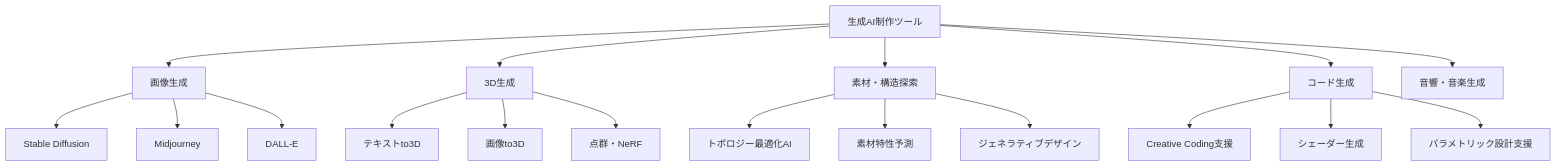
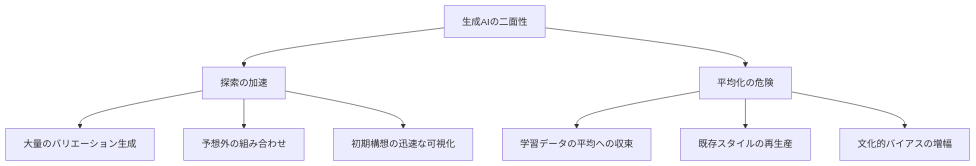
The first of 4 diagrams in docs/books/04-critical-making/ch04-generative-ai-making.md (Hide-nu/Designer-curriculum), drawn with Mermaid before and after one commit. The commit also changed other lines of this file and 13 other files, not shown here.

````diff
--- a/docs/books/04-critical-making/ch04-generative-ai-making.md
+++ b/docs/books/04-critical-making/ch04-generative-ai-making.md
@@ -11,24 +15,13 @@
 ```mermaid
 graph TD
-    A[生成AI制作ツール] --> B[画像生成]
-    A --> C[3D生成]
-    A --> D[素材・構造探索]
-    A --> E[コード生成]
-    A --> F[音響・音楽生成]
+    A[生成AIの二面性] --> B[探索の加速]
+    A --> C[平均化の危険]
 
-    B --> B1[Stable Diffusion]
-    B --> B2[Midjourney]
-    B --> B3[DALL-E]
+    B --> B1[大量のバリエーション生成]
+    B --> B2[予想外の組み合わせ]
+    B --> B3[初期構想の迅速な可視化]
 
-    C --> C1[テキストto3D]
-    C --> C2[画像to3D]
-    C --> C3[点群・NeRF]
-
-    D --> D1[トポロジー最適化AI]
-    D --> D2[素材特性予測]
-    D --> D3[ジェネラティブデザイン]
-
-    E --> E1[Creative Coding支援]
-    E --> E2[シェーダー生成]
-    E --> E3[パラメトリック設計支援]
+    C --> C1[学習データの平均への収束]
+    C --> C2[既存スタイルの再生産]
+    C --> C3[文化的バイアスの増幅]
 ```
````
